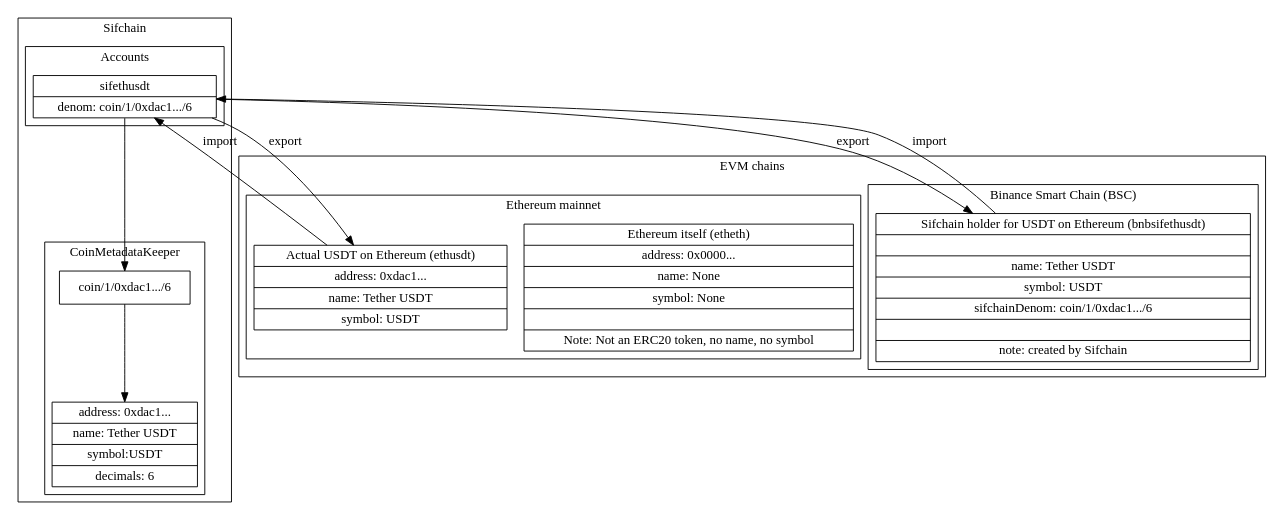
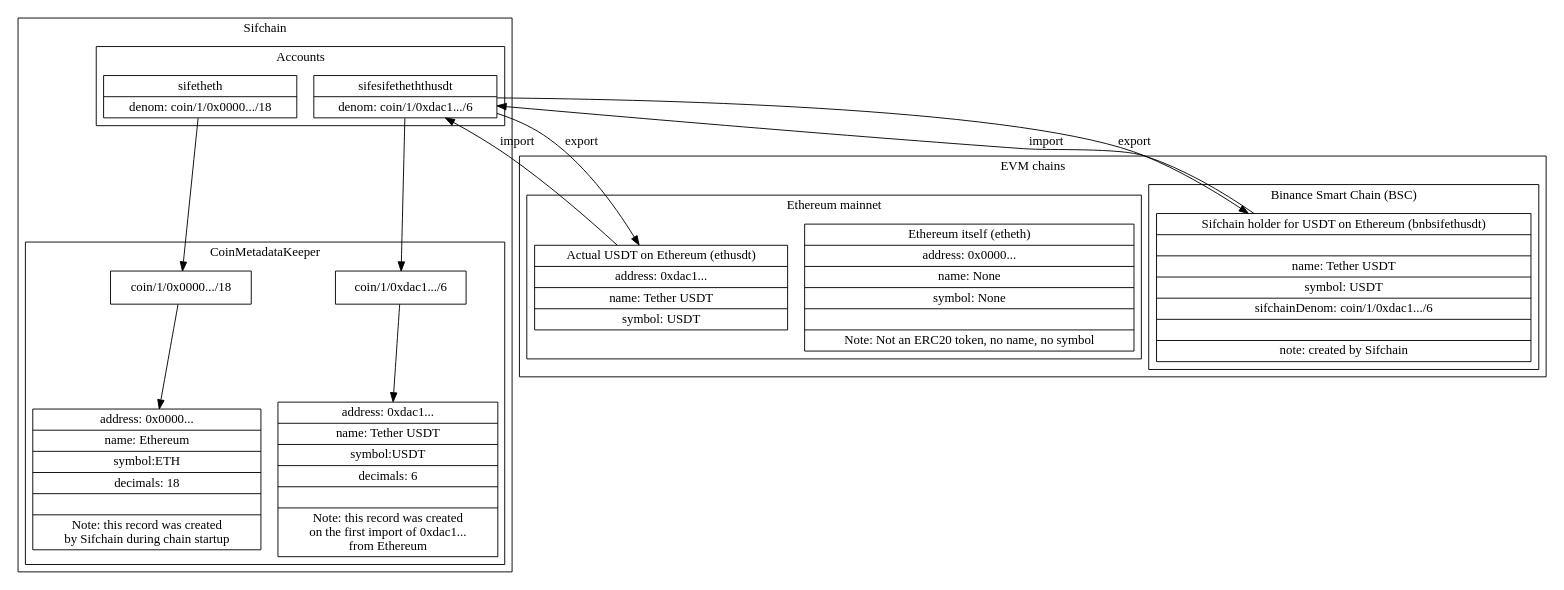
One commit to dolphintwo/sifnode changed the diagram in docs/peggy/tokenPaths.dot. Above: the diagram before and after it, drawn with Graphviz.

Commit message:
work in progress

```diff
--- a/docs/peggy/tokenPaths.dot
+++ b/docs/peggy/tokenPaths.dot
@@ -1,41 +1,47 @@
 digraph G {
     node [
         shape = "record"
     ]
 
     subgraph cluster_sifchain {
         label="Sifchain"
         subgraph cluster_coins {
             label="Accounts"
-            sifethusdt [label="{sifethusdt|denom: coin/1/0xdac1.../6}"]
+            sifethusdt [label="{sifesifetheththusdt|denom: coin/1/0xdac1.../6}"]
+            sifetheth [label="{sifetheth|denom: coin/1/0x0000.../18}"]
         }
 
         subgraph cluster_coinmetadatakeeper {
             label="CoinMetadataKeeper"
             sifethusdtdenom [label="coin/1/0xdac1.../6}"]
-            sifethusdtmetdata [label="{address: 0xdac1...|name: Tether USDT|symbol:USDT|decimals: 6}"]
+            sifethusdtmetdata [label="{address: 0xdac1...|name: Tether USDT|symbol:USDT|decimals: 6||Note: this record was created\non the first import of 0xdac1... \nfrom Ethereum}"]
             sifethusdtdenom -> sifethusdtmetdata
             sifethusdt -> sifethusdtdenom
+
+            sifethethdenom [label="coin/1/0x0000.../18}"]
+            sifethethmetdata [label="{address: 0x0000...|name: Ethereum|symbol:ETH|decimals: 18||Note: this record was created \nby Sifchain during chain startup}"]
+            sifethethdenom -> sifethethmetdata
+            sifetheth -> sifethethdenom
         }
     }
     subgraph cluster_evm {
         label="EVM chains"
         subgraph cluster_etherum {
             label="Ethereum mainnet"
             etheth
             ethusdt
         }
         subgraph cluster_bsc {
             label="Binance Smart Chain (BSC)"
             bnbsifethusdt
         }
     }
 
     etheth [label="{Ethereum itself (etheth)|address: 0x0000...|name: None|symbol: None||Note: Not an ERC20 token, no name, no symbol}"]
     ethusdt [label="{Actual USDT on Ethereum (ethusdt)|address: 0xdac1...|name: Tether USDT|symbol: USDT}"]
     bnbsifethusdt [label="{Sifchain holder for USDT on Ethereum (bnbsifethusdt)||name: Tether USDT|symbol: USDT|sifchainDenom: coin/1/0xdac1.../6||note: created by Sifchain}"]
     ethusdt -> sifethusdt [label="import"]
     sifethusdt -> bnbsifethusdt [label="export"]
     sifethusdt -> ethusdt [label="export"]
     bnbsifethusdt -> sifethusdt [label="import"]
 }
```
